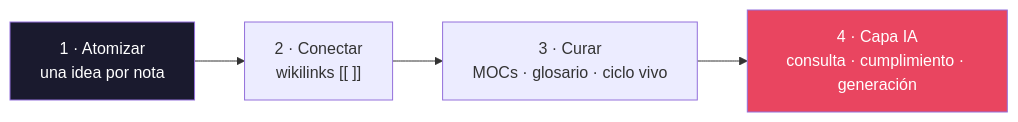
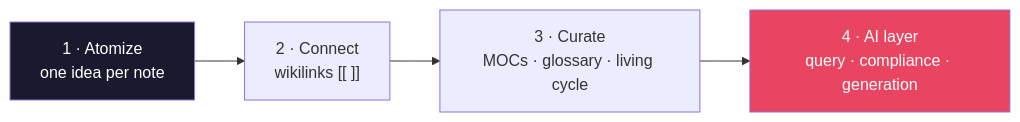
The first of 2 diagrams in README.md (n1x-technologies/n1x-cortex), drawn with Mermaid before and after one commit. The commit also changed other lines of this file and 33 other files, not shown here.

````diff
--- a/README.md
+++ b/README.md
@@ -53,8 +53,8 @@
 ```mermaid
 flowchart LR
-    A["1 · Atomizar<br/>una idea por nota"] --> B["2 · Conectar<br/>wikilinks [[ ]]"]
-    B --> C["3 · Curar<br/>MOCs · glosario · ciclo vivo"]
-    C --> D["4 · Capa IA<br/>consulta · cumplimiento · generación"]
+    A["1 · Atomize<br/>one idea per note"] --> B["2 · Connect<br/>wikilinks [[ ]]"]
+    B --> C["3 · Curate<br/>MOCs · glossary · living cycle"]
+    C --> D["4 · AI layer<br/>query · compliance · generation"]
     style A fill:#1A1A2E,color:#fff
     style D fill:#E94560,color:#fff
 ```
````
